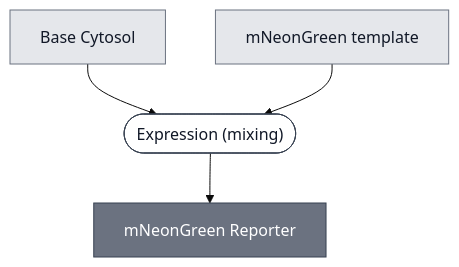
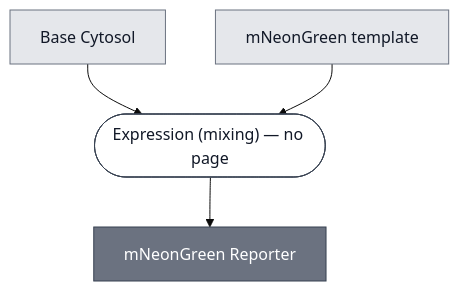
The diagram in docs/modules/reporter-mneongreen/spec.md (nucleus-eng/nucleus-docs), drawn with Mermaid (base theme) before and after one commit. The commit also changed other lines of this file and 3 other files, not shown here.

First line of the commit message:
Fix the spec-schema and check-links failures on the PLA1 and mNeonGreen pages

````diff
--- a/docs/modules/reporter-mneongreen/spec.md
+++ b/docs/modules/reporter-mneongreen/spec.md
@@ -33,24 +33,23 @@
 ```mermaid
 flowchart TD
     BASE_CYTOSOL["Base Cytosol"]
     MNEONGREEN_DNA["mNeonGreen template"]
 
-    P1_EXPRESS_THE_REPORTER_0(["Expression (mixing)"])
+    P1_EXPRESS_THE_REPORTER_0(["Expression (mixing) — no page"])
     REPORTER_MNEONGREEN["mNeonGreen Reporter"]
 
     BASE_CYTOSOL --> P1_EXPRESS_THE_REPORTER_0
     MNEONGREEN_DNA --> P1_EXPRESS_THE_REPORTER_0
     P1_EXPRESS_THE_REPORTER_0 --> REPORTER_MNEONGREEN
 
 
     classDef leaf     fill:#e5e7eb,stroke:#6b7280,color:#111827;
     classDef composed fill:#6b7280,stroke:#374151,color:#ffffff;
     classDef process  fill:#ffffff,stroke:#374151,color:#111827;
     class BASE_CYTOSOL,MNEONGREEN_DNA leaf;
     class REPORTER_MNEONGREEN composed;
     class P1_EXPRESS_THE_REPORTER_0 process;
 
     click BASE_CYTOSOL "/docs/modules/base-cytosol/spec"
-    click P1_EXPRESS_THE_REPORTER_0 "/docs/processes/express/main"
     click REPORTER_MNEONGREEN "/docs/modules/reporter-mneongreen/spec"
 ```
````
